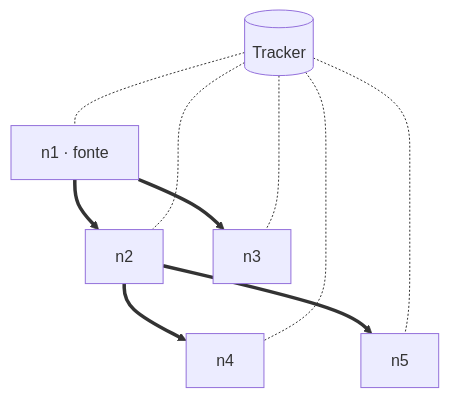
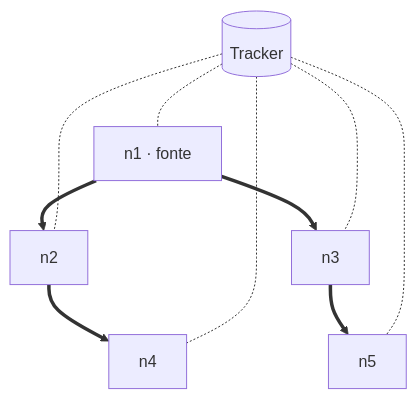
The first of 4 diagrams in docs/02-arquitetura-do-tracker.md (Soljaa/trabalho_streaming), drawn with Mermaid before and after one commit. The commit also changed other lines of this file and 6 other files, not shown here.

````diff
--- a/docs/02-arquitetura-do-tracker.md
+++ b/docs/02-arquitetura-do-tracker.md
@@ -11,13 +11,13 @@
 ```mermaid
 flowchart TB
     T[("Tracker")]
     S["n1 · fonte"] ==> A["n2"]
     S ==> B["n3"]
     A ==> C["n4"]
-    A ==> D["n5"]
+    B ==> D["n5"]
     T -.- S
     T -.- A
     T -.- B
     T -.- C
     T -.- D
 ```
````
